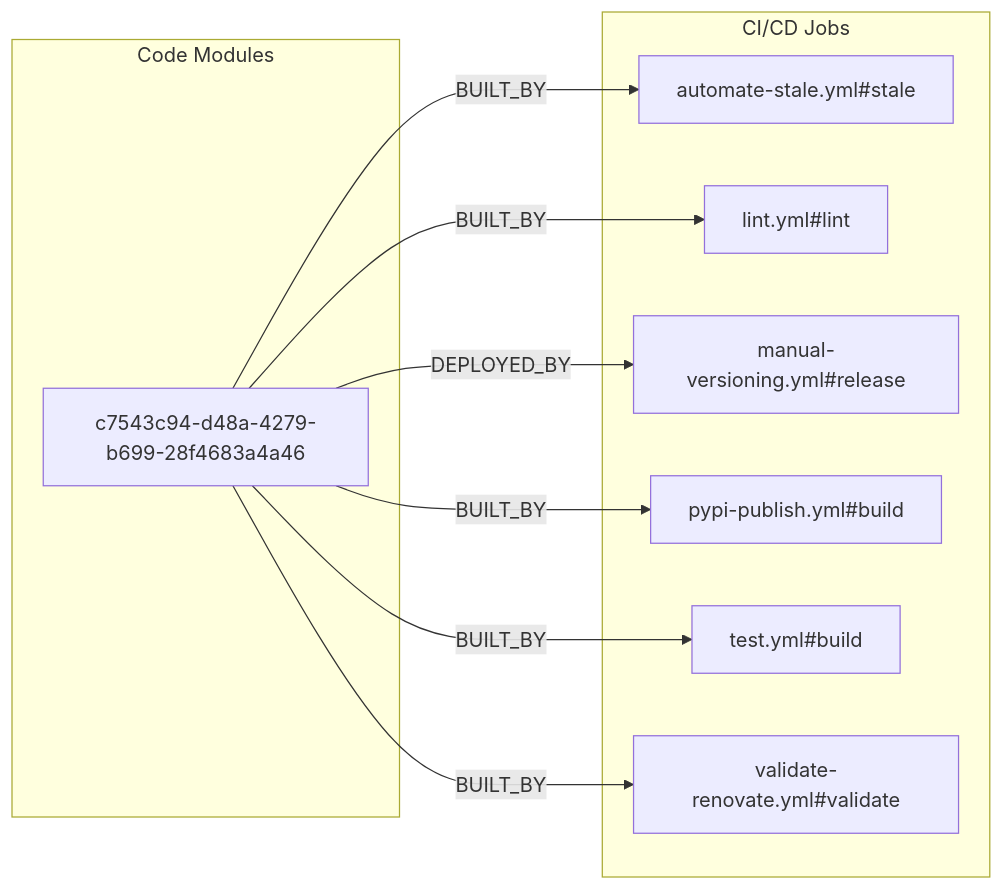
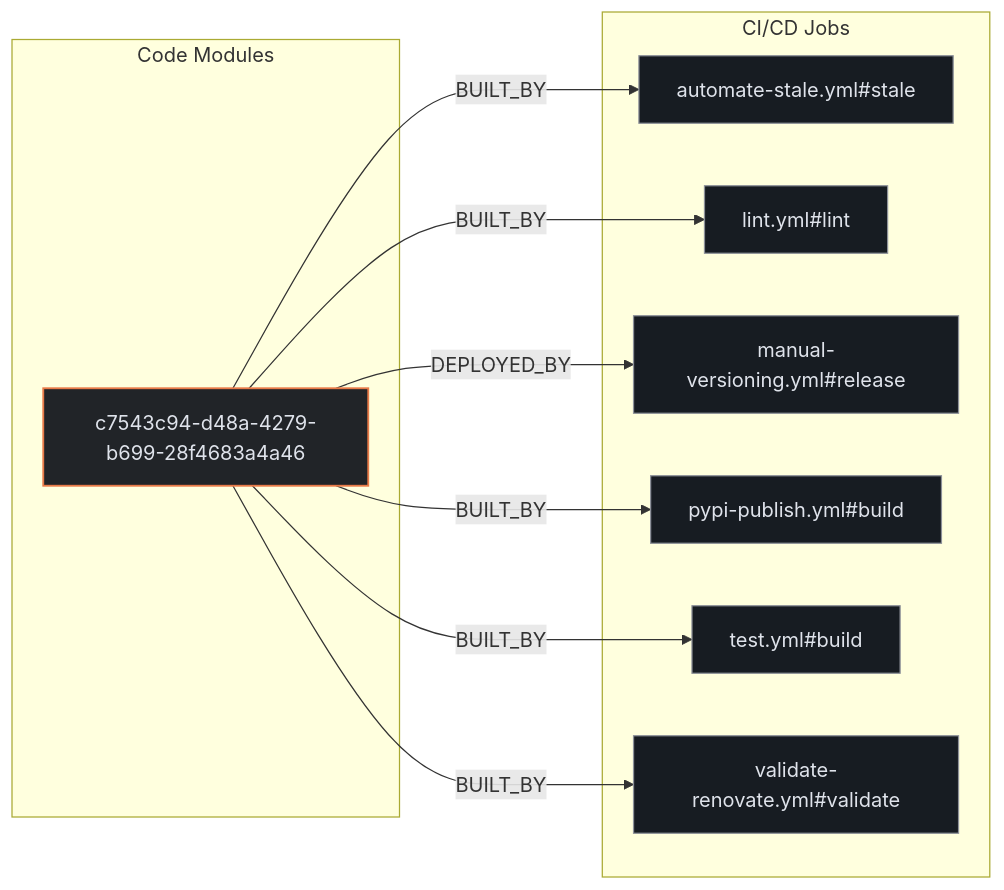
Before and after one commit to kumarshaz/atruss-code-atlas: the first of 2 diagrams in exports/latest/reports/backstage-mkdocs-techdocs-core-report.md, drawn with Mermaid. The commit also changed other lines of this file and 331 other files, not shown here.

Commit message:
docs,ui,fix: update SDLC docs, reorder CI/CD DAG first, stylize Mermaid, and fix Arc42 pipeline topology

````diff
--- a/exports/latest/reports/backstage-mkdocs-techdocs-core-report.md
+++ b/exports/latest/reports/backstage-mkdocs-techdocs-core-report.md
@@ -71,20 +71,24 @@
 ```mermaid
 flowchart LR
+    classDef atlasCategory fill:#212428,stroke:#E87A48,stroke-width:1.5px,color:#dfe3eb
+    classDef atlasWorkflow fill:#1b2026,stroke:#a3c9ff,stroke-width:1.5px,color:#dfe3eb
+    classDef atlasJob fill:#171c22,stroke:#8d9199,stroke-width:1px,color:#dfe3eb
+    classDef atlasTarget fill:#005227,stroke:#8bd99b,stroke-width:1.5px,color:#a7f6b6
     subgraph code_modules["Code Modules"]
-        mod_c7543c94_d48a_4279_b699_28f4683a4a46["c7543c94-d48a-4279-b699-28f4683a4a46"]
+        mod_c7543c94_d48a_4279_b699_28f4683a4a46["c7543c94-d48a-4279-b699-28f4683a4a46"]:::atlasCategory
     end
     subgraph ci_jobs["CI/CD Jobs"]
-        job_automate_stale_yml_stale["automate-stale.yml#stale"]
-        job_lint_yml_lint["lint.yml#lint"]
-        job_manual_versioning_yml_release["manual-versioning.yml#release"]
-        job_pypi_publish_yml_build["pypi-publish.yml#build"]
-        job_test_yml_build["test.yml#build"]
-        job_validate_renovate_yml_validate["validate-renovate.yml#validate"]
+        job_automate_stale_yml_stale["automate-stale.yml#stale"]:::atlasJob
+        job_lint_yml_lint["lint.yml#lint"]:::atlasJob
+        job_manual_versioning_yml_release["manual-versioning.yml#release"]:::atlasJob
+        job_pypi_publish_yml_build["pypi-publish.yml#build"]:::atlasJob
+        job_test_yml_build["test.yml#build"]:::atlasJob
+        job_validate_renovate_yml_validate["validate-renovate.yml#validate"]:::atlasJob
     end
     mod_c7543c94_d48a_4279_b699_28f4683a4a46 -->|BUILT_BY| job_automate_stale_yml_stale
     mod_c7543c94_d48a_4279_b699_28f4683a4a46 -->|BUILT_BY| job_lint_yml_lint
     mod_c7543c94_d48a_4279_b699_28f4683a4a46 -->|BUILT_BY| job_pypi_publish_yml_build
     mod_c7543c94_d48a_4279_b699_28f4683a4a46 -->|BUILT_BY| job_test_yml_build
     mod_c7543c94_d48a_4279_b699_28f4683a4a46 -->|BUILT_BY| job_validate_renovate_yml_validate
     mod_c7543c94_d48a_4279_b699_28f4683a4a46 -->|DEPLOYED_BY| job_manual_versioning_yml_release
 ```
````
